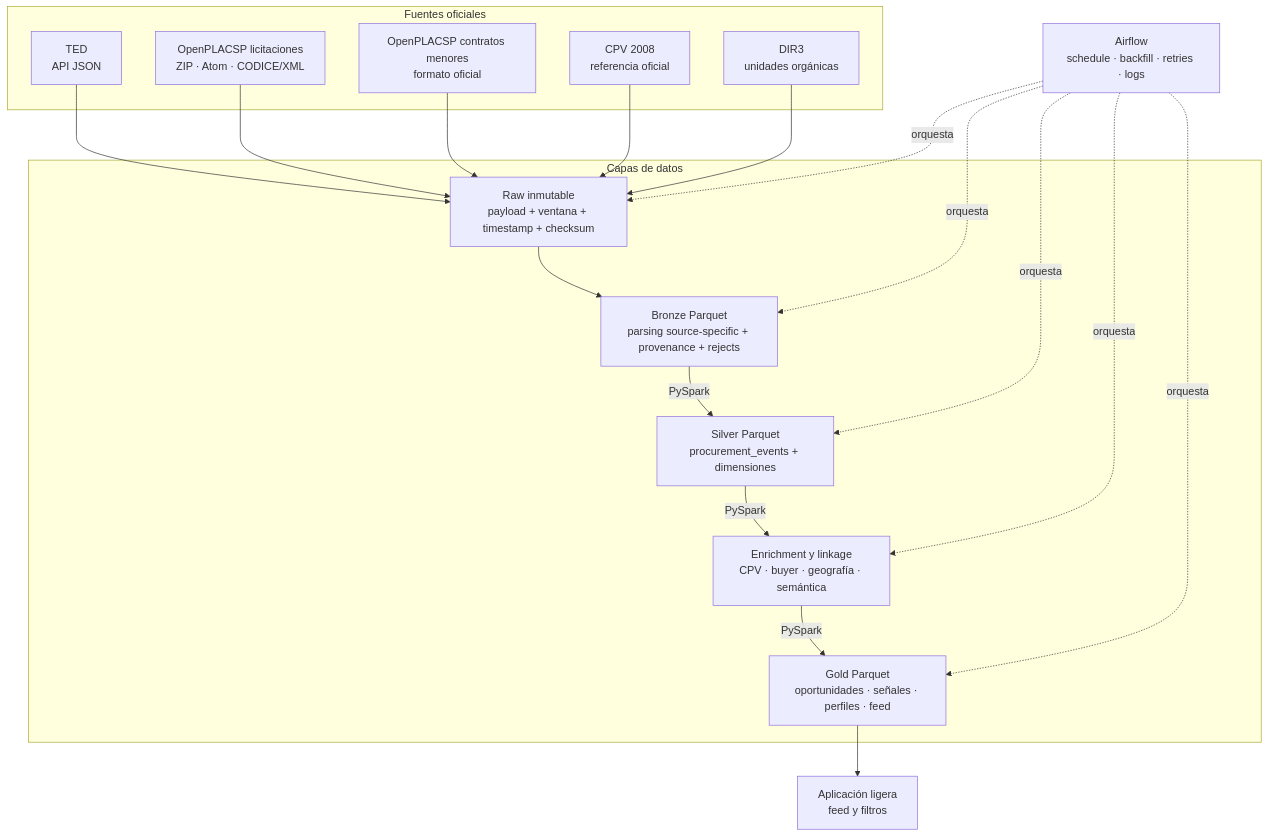
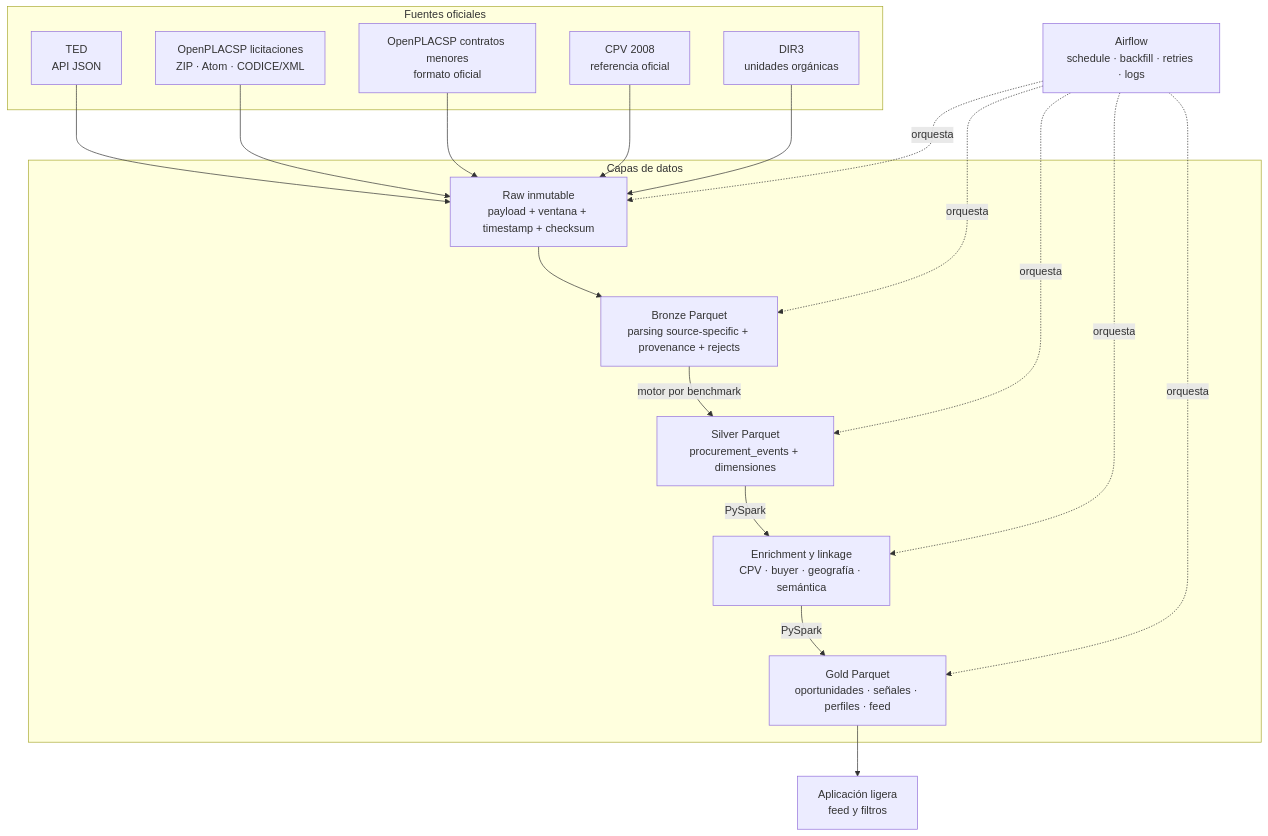
The second of 2 diagrams in docs/architecture.md (tomcrojo/tfm-licitaciones), drawn with Mermaid before and after one commit. The commit also changed other lines of this file and 2 other files, not shown here.

First line of the commit message:
docs: keep Silver engine neutral pending benchmark in foundation PR

````diff
--- a/docs/architecture.md
+++ b/docs/architecture.md
@@ -55,36 +55,36 @@
 ```mermaid
 flowchart TB
     subgraph SOURCES["Fuentes oficiales"]
         TED2["TED<br/>API JSON"]
         PLI["OpenPLACSP licitaciones<br/>ZIP · Atom · CODICE/XML"]
         PCM["OpenPLACSP contratos menores<br/>formato oficial"]
         CPV["CPV 2008<br/>referencia oficial"]
         DIR3["DIR3<br/>unidades orgánicas"]
     end
 
     subgraph DATA["Capas de datos"]
         RAW2["Raw inmutable<br/>payload + ventana + timestamp + checksum"]
         BRONZE2["Bronze Parquet<br/>parsing source-specific + provenance + rejects"]
         SILVER2["Silver Parquet<br/>procurement_events + dimensiones"]
         ENRICH["Enrichment y linkage<br/>CPV · buyer · geografía · semántica"]
         GOLD2["Gold Parquet<br/>oportunidades · señales · perfiles · feed"]
     end
 
     TED2 --> RAW2
     PLI --> RAW2
     PCM --> RAW2
     CPV --> RAW2
     DIR3 --> RAW2
     RAW2 --> BRONZE2
-    BRONZE2 -->|"PySpark"| SILVER2
+    BRONZE2 -->|"motor por benchmark"| SILVER2
     SILVER2 -->|"PySpark"| ENRICH
     ENRICH -->|"PySpark"| GOLD2
 
     AIRFLOW["Airflow<br/>schedule · backfill · retries · logs"] -.->|orquesta| RAW2
     AIRFLOW -.->|orquesta| BRONZE2
     AIRFLOW -.->|orquesta| SILVER2
     AIRFLOW -.->|orquesta| ENRICH
     AIRFLOW -.->|orquesta| GOLD2
 
     GOLD2 --> APP["Aplicación ligera<br/>feed y filtros"]
 ```
````
